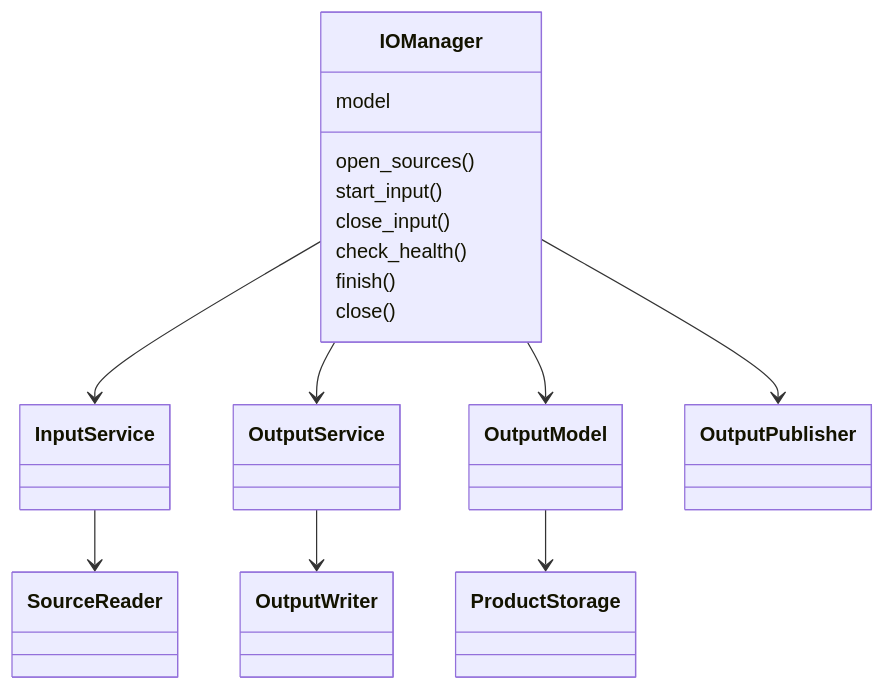
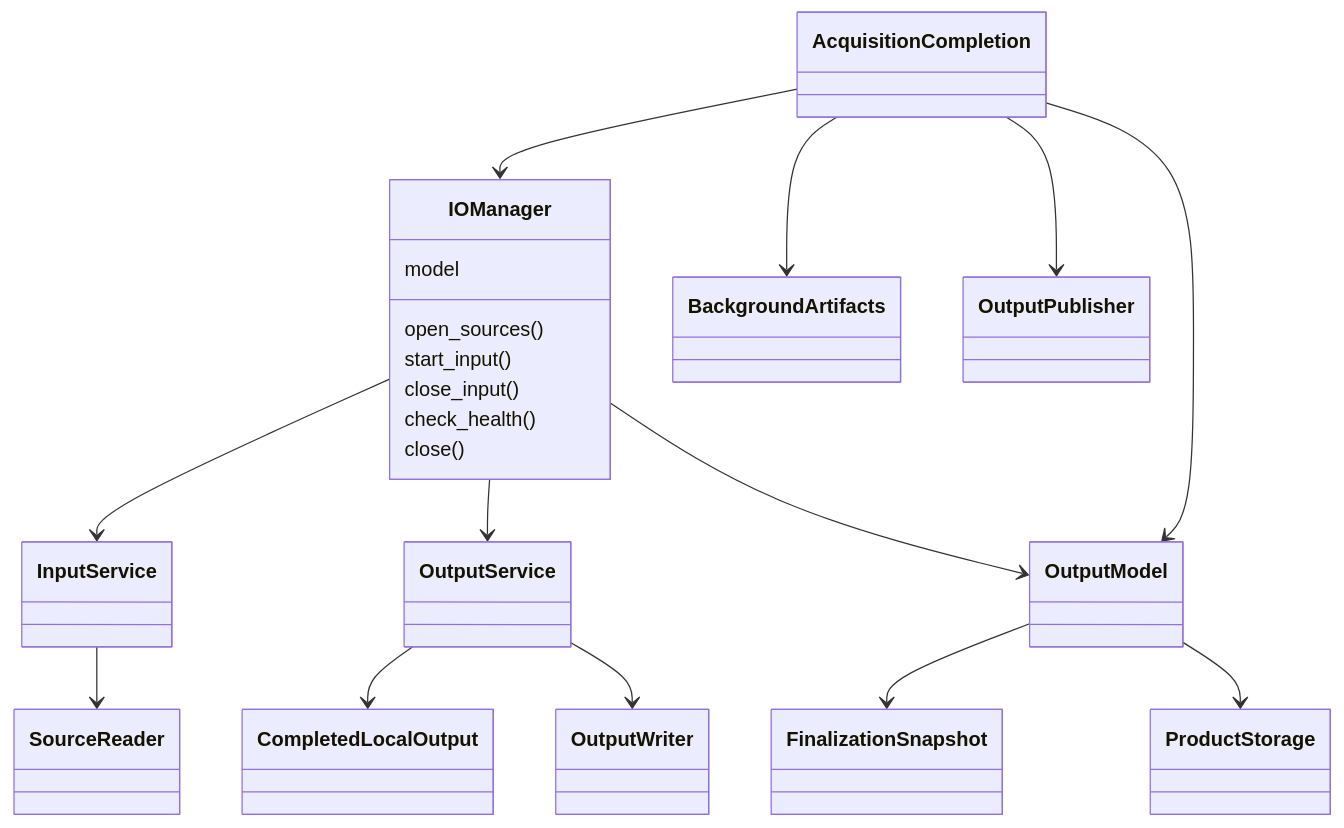
One commit to DigitalHolography/EyeFlow changed the second of 4 diagrams in docs/runtime_io.md. Above: the diagram before and after it, drawn with Mermaid. The commit also changed other lines of this file and 24 other files, not shown here.

First line of the commit message:
refactor: type I/O contracts and centralize acquisition completion

````diff
--- a/docs/runtime_io.md
+++ b/docs/runtime_io.md
@@ -20,19 +20,23 @@
 ```mermaid
 classDiagram
     class IOManager {
         model
         open_sources()
         start_input()
         close_input()
         check_health()
-        finish()
         close()
     }
     IOManager --> InputService
     InputService --> SourceReader
     IOManager --> OutputService
     IOManager --> OutputModel
-    IOManager --> OutputPublisher
+    AcquisitionCompletion --> IOManager
+    AcquisitionCompletion --> OutputModel
+    AcquisitionCompletion --> BackgroundArtifacts
+    AcquisitionCompletion --> OutputPublisher
+    OutputModel --> FinalizationSnapshot
+    OutputService --> CompletedLocalOutput
     OutputModel --> ProductStorage
     OutputService --> OutputWriter
 ```
````
